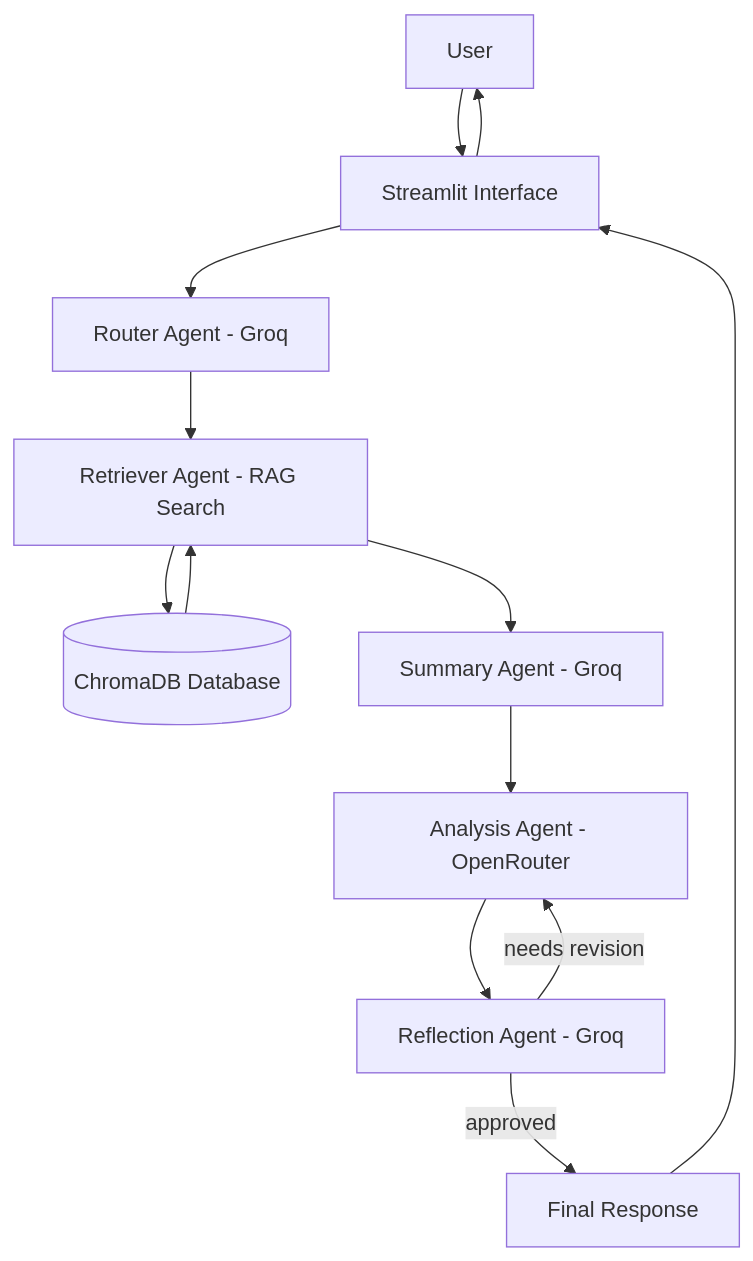
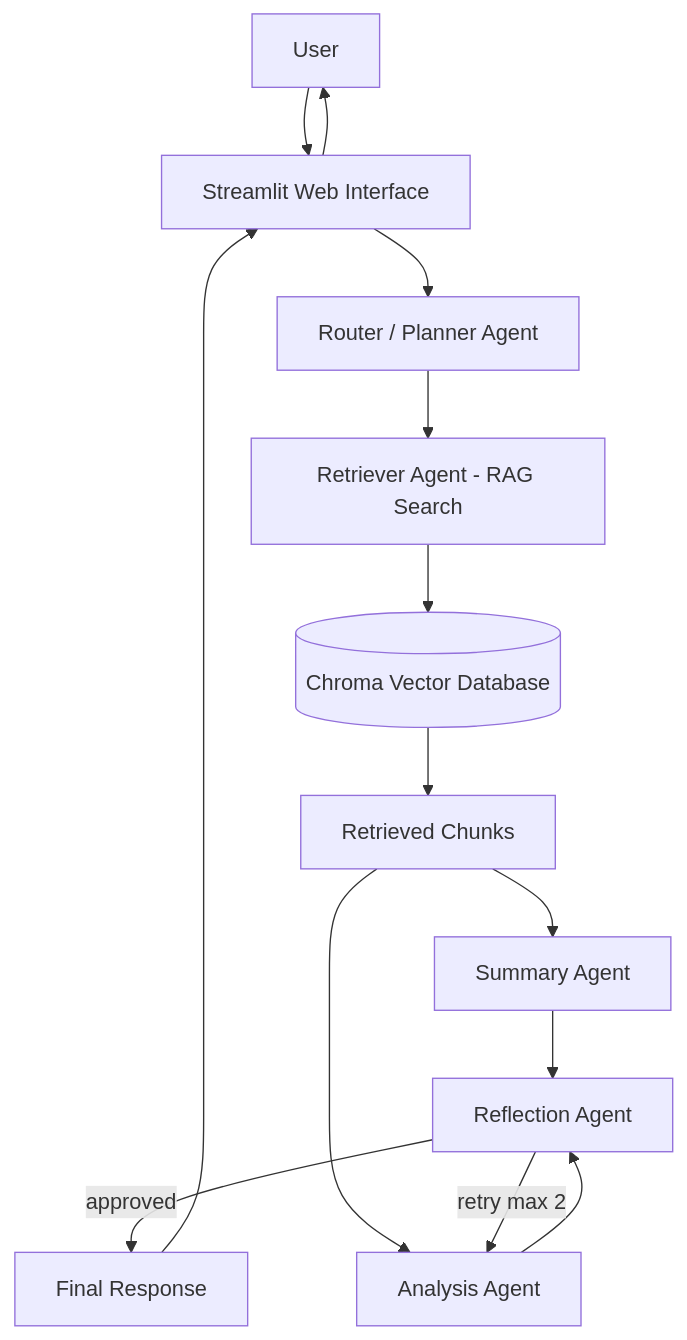
The diagram in diagrams/system_architecture.mmd (NethminaSeeman/SatorIQ), drawn with Mermaid before and after one commit. The commit also changed 17 other files, not shown here.

```diff
--- a/diagrams/system_architecture.mmd
+++ b/diagrams/system_architecture.mmd
@@ -1,23 +1,25 @@
 flowchart TD
     user[User]
-    streamlit[Streamlit Interface]
-    router[Router Agent - Groq]
+    streamlit[Streamlit Web Interface]
+    router[Router / Planner Agent]
     retriever[Retriever Agent - RAG Search]
-    chromadb[(ChromaDB Database)]
-    summary[Summary Agent - Groq]
-    analysis[Analysis Agent - OpenRouter]
-    reflection[Reflection Agent - Groq]
+    chromadb[(Chroma Vector Database)]
+    chunks[Retrieved Chunks]
+    summary[Summary Agent]
+    analysis[Analysis Agent]
+    reflection[Reflection Agent]
     response[Final Response]
 
     user --> streamlit
     streamlit --> router
     router --> retriever
     retriever --> chromadb
-    chromadb --> retriever
-    retriever --> summary
-    summary --> analysis
+    chromadb --> chunks
+    chunks --> summary
+    chunks --> analysis
+    summary --> reflection
     analysis --> reflection
-    reflection -->|"approved"| response
-    reflection -->|"needs revision"| analysis
+    reflection -->|approved| response
+    reflection -->|"retry max 2"| analysis
     response --> streamlit
     streamlit --> user
```
